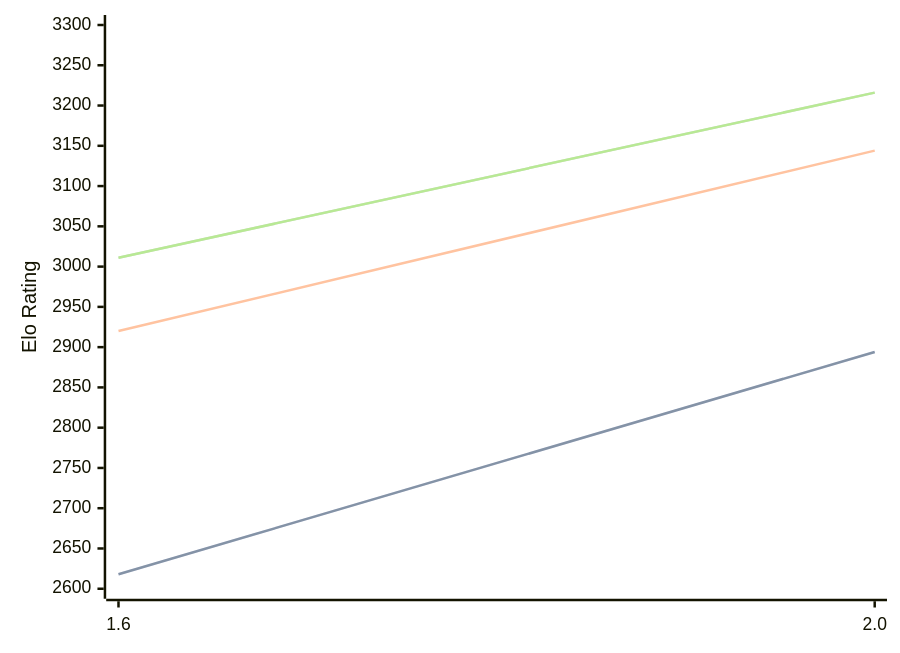
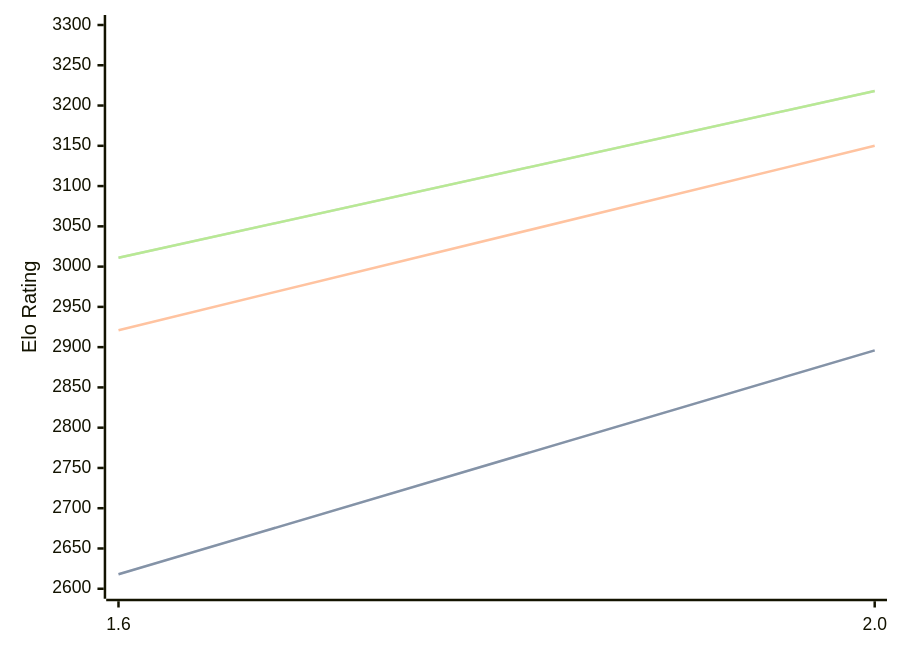
The diagram in engines/Onyx.md (computer-chess-index/cci), drawn with Mermaid before and after one commit. The commit also changed other lines of this file, not shown here.

Commit message:
Update CCI Ratings (ELO VLTC) - 2026-07-25

````diff
--- a/engines/Onyx.md
+++ b/engines/Onyx.md
@@ -32,11 +32,11 @@
 ```mermaid
 %%{init: {"theme":"base","themeVariables":{"seriesColors:['#a3a3a3','#222221','#faa371']}}}%%
 xychart-beta
   x-axis ["1.6", "2.0"]
   y-axis "Elo Rating" 2600 --> 3300
-  line "STC (8.0+0.08s)" [2618, 2894]
-  line "STC (8.0+0.08s)" [2618, 2894]
-  line "LTC (60.0+0.60s)" [2920, 3144]
-  line "VLTC (2m24s+1.12s)" [3011, 3216]
-  line "VLTC (2m24s+1.12s)" [3011, 3216]
+  line "STC (8.0+0.08s)" [2618, 2896]
+  line "STC (8.0+0.08s)" [2618, 2896]
+  line "LTC (60.0+0.60s)" [2921, 3150]
+  line "VLTC (2m24s+1.12s)" [3011, 3218]
+  line "VLTC (2m24s+1.12s)" [3011, 3218]
 ```
````
